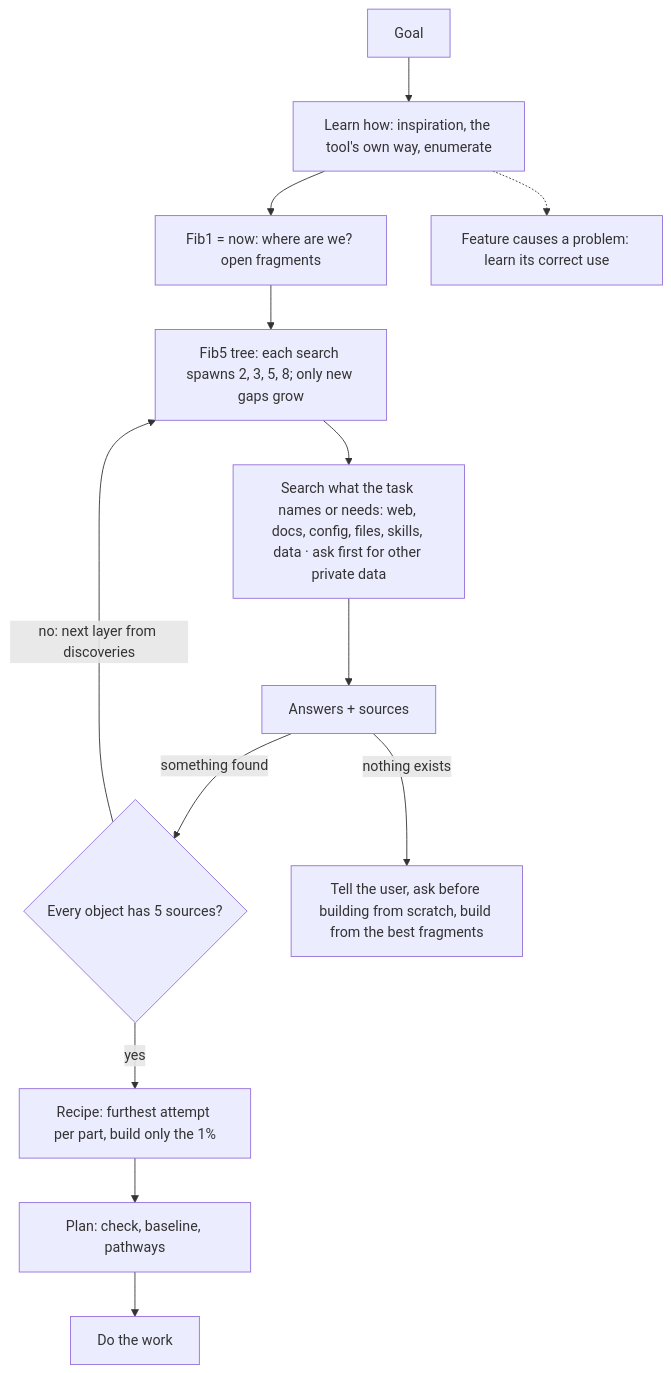
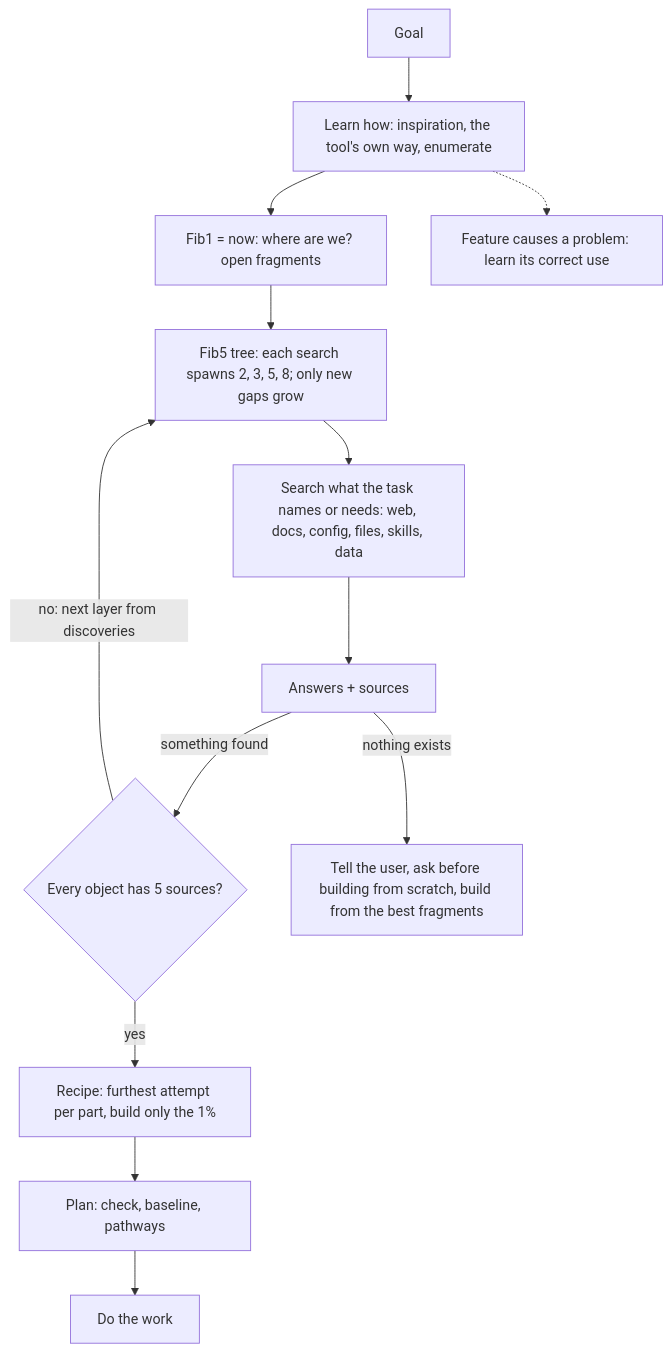
The fourth of 14 diagrams in AGENTS.md (SolenixAI/arbiter), drawn with Mermaid before and after one commit. The commit also changed other lines of this file, not shown here.

````diff
--- a/AGENTS.md
+++ b/AGENTS.md
@@ -154,9 +154,9 @@
 ```mermaid
 flowchart TD
-  G[Goal] --> L[Learn how: inspiration, the tool's own way, enumerate] --> F1["Fib1 = now: where are we? open fragments"] --> Q["Fib5 tree: each search spawns 2, 3, 5, 8; only new gaps grow"] --> S[Search what the task names or needs: web, docs, config, files, skills, data · ask first for other private data]
+  G[Goal] --> L[Learn how: inspiration, the tool's own way, enumerate] --> F1["Fib1 = now: where are we? open fragments"] --> Q["Fib5 tree: each search spawns 2, 3, 5, 8; only new gaps grow"] --> S[Search what the task names or needs: web, docs, config, files, skills, data]
   S --> A[Answers + sources] -->|something found| N{Every object has 5 sources?}
   N -->|no: next layer from discoveries| Q
   N -->|yes| R[Recipe: furthest attempt per part, build only the 1%] --> P[Plan: check, baseline, pathways] --> B[Do the work]
   A -->|nothing exists| U[Tell the user, ask before building from scratch, build from the best fragments]
   L -.-> NB[Feature causes a problem: learn its correct use]
 ```
````
